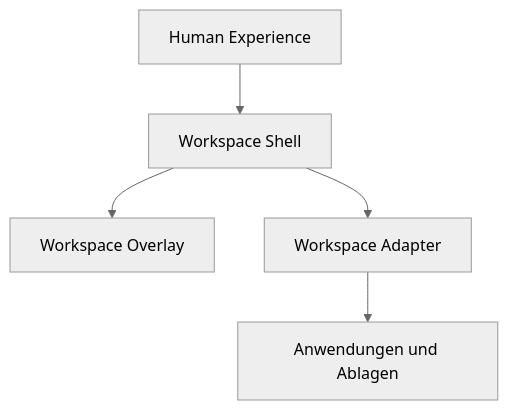
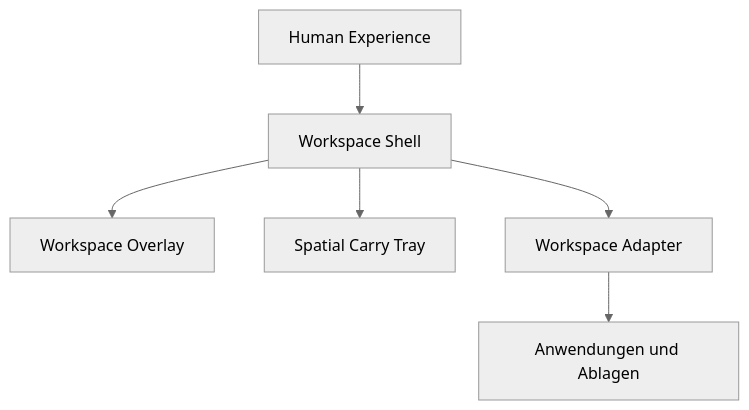
Before and after one commit to rk-engineeringAToutlook-de/RKWorkspace: the diagram in Docs/WorkspaceLayer.md, drawn with Mermaid (neutral theme). The commit also changed other lines of this file and 21 other files, not shown here.

Commit message:
feat(shell): add spatial carry tray prototype

````diff
--- a/Docs/WorkspaceLayer.md
+++ b/Docs/WorkspaceLayer.md
@@ -74,7 +82,8 @@
 ```mermaid
 flowchart TB
     HX["Human Experience"] --> Shell["Workspace Shell"]
     Shell --> Overlay["Workspace Overlay"]
+    Shell --> Tray["Spatial Carry Tray"]
     Shell --> Adapter["Workspace Adapter"]
     Adapter --> Apps["Anwendungen und Ablagen"]
 ```
````
